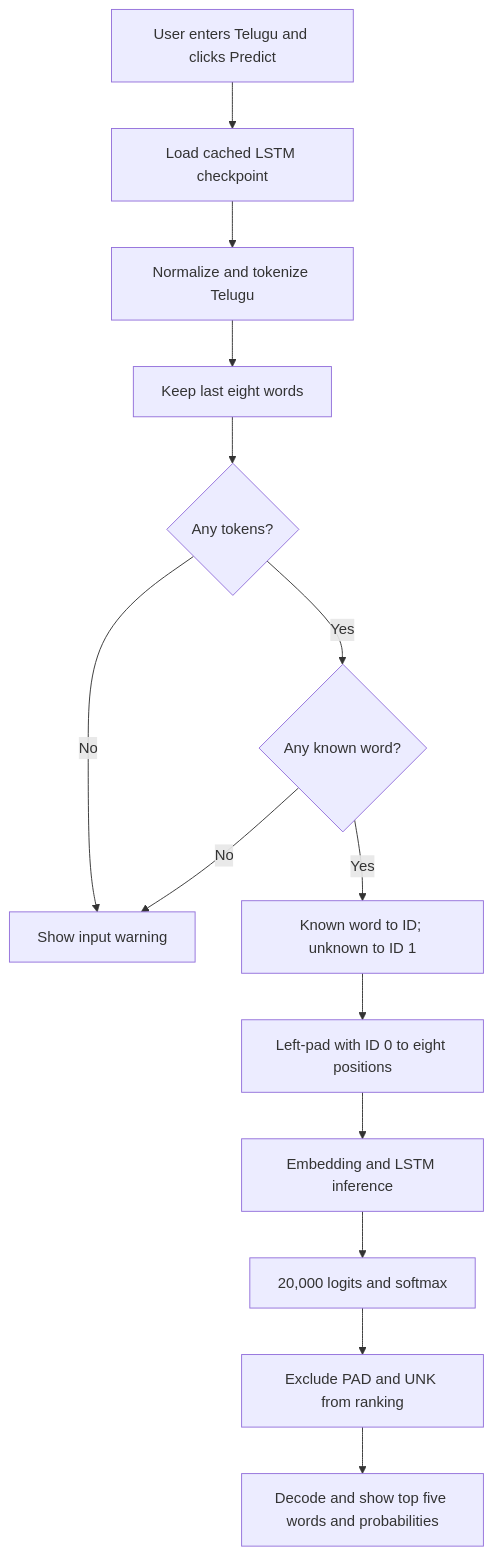
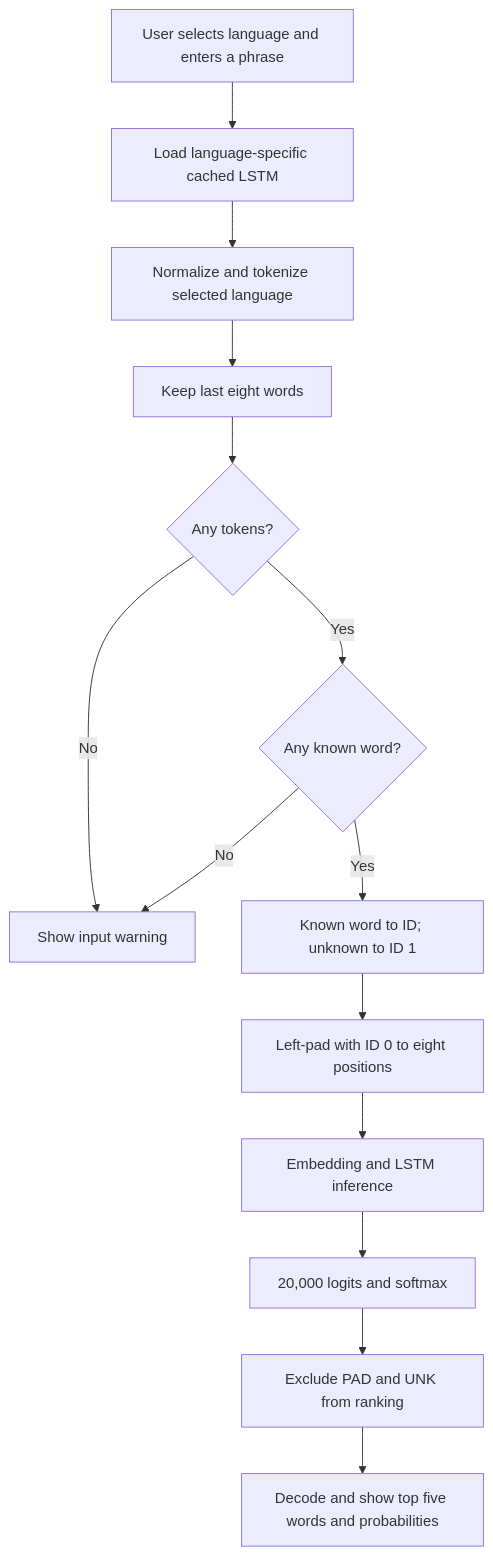
One commit to Sathvik257/trail changed the second of 2 diagrams in docs/ARCHITECTURE.md. Above: the diagram before and after it, drawn with Mermaid. The commit also changed other lines of this file and 157 other files, not shown here.

````diff
--- a/docs/ARCHITECTURE.md
+++ b/docs/ARCHITECTURE.md
@@ -57,16 +57,16 @@
 ```mermaid
 flowchart TD
- A[User enters Telugu and clicks Predict] --> B[Load cached LSTM checkpoint]
- B --> C[Normalize and tokenize Telugu]
+ A[User selects language and enters a phrase] --> B[Load language-specific cached LSTM]
+ B --> C[Normalize and tokenize selected language]
  C --> D[Keep last eight words]
  D --> E{Any tokens?}
  E -- No --> W[Show input warning]
  E -- Yes --> F{Any known word?}
  F -- No --> W
  F -- Yes --> G[Known word to ID; unknown to ID 1]
  G --> H[Left-pad with ID 0 to eight positions]
  H --> I[Embedding and LSTM inference]
  I --> J[20,000 logits and softmax]
  J --> K[Exclude PAD and UNK from ranking]
  K --> L[Decode and show top five words and probabilities]
 ```
````
